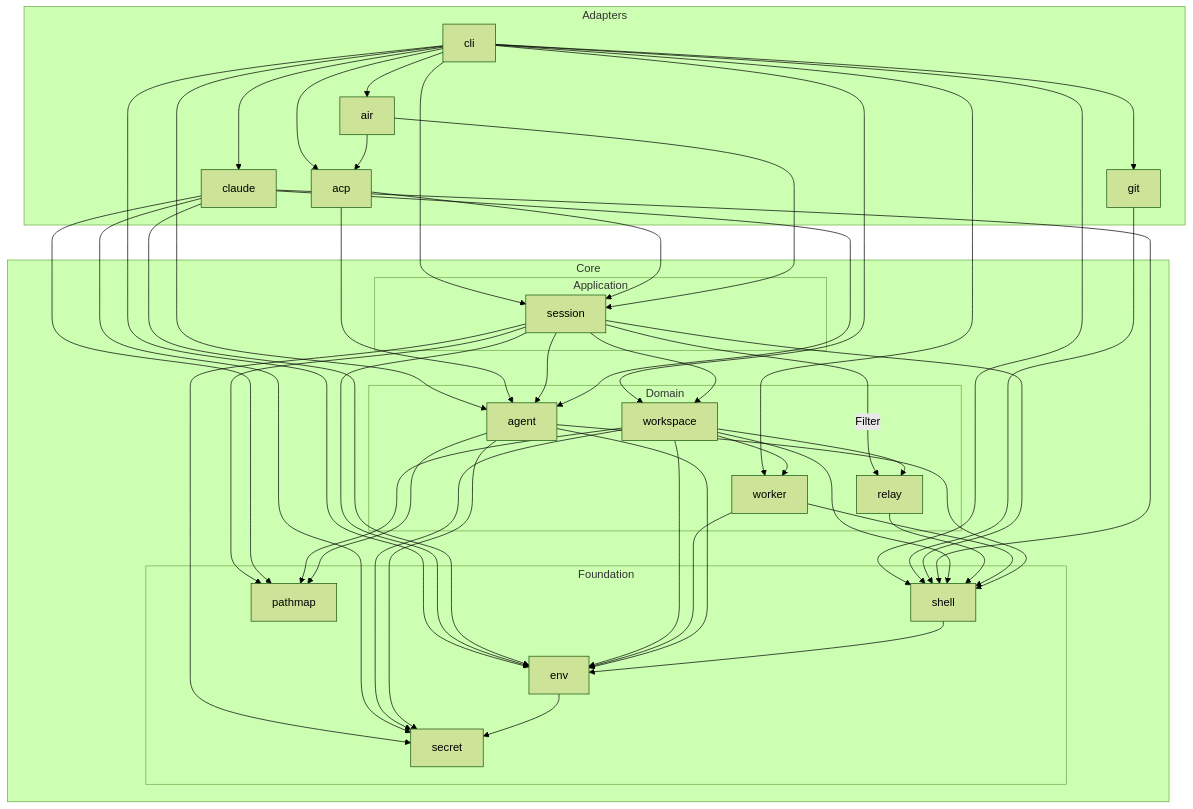
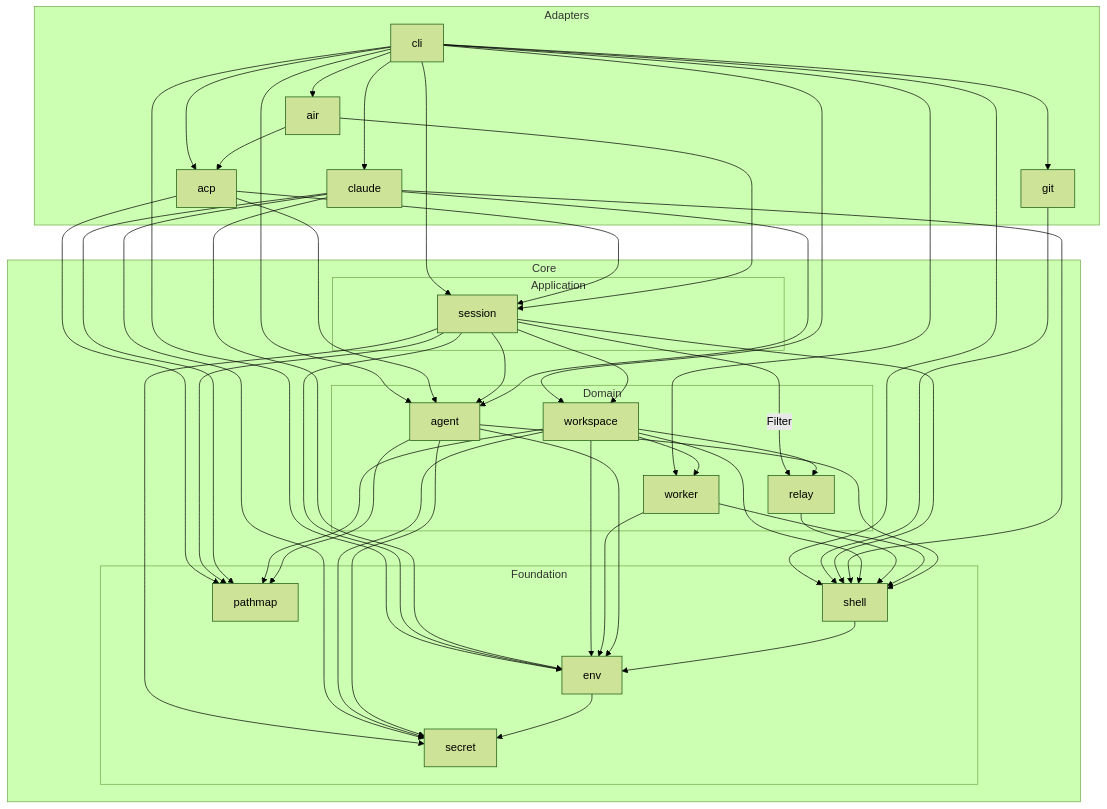
One commit to zerlok/hermod changed the sixth of 15 diagrams in docs/ARCHITECTURE.md. Above: the diagram before and after it, drawn with Mermaid (forest theme). The commit also changed other lines of this file and 7 other files, not shown here.

First line of the commit message:
docs(air-bridge): describe call-based ACP, pathmap, shutdown and relay lifecycle

````diff
--- a/docs/ARCHITECTURE.md
+++ b/docs/ARCHITECTURE.md
@@ -287,69 +289,70 @@
 ```mermaid
 flowchart TD
     subgraph adapters["Adapters"]
         cli
         git
         acp
         air
         claude
     end
     subgraph core["Core"]
         subgraph app["Application"]
             session
         end
         subgraph domain["Domain"]
             workspace
             worker
             relay
             agent
         end
         subgraph foundation["Foundation"]
             shell
             env
             secret
             pathmap
         end
     end
     cli --> git
     cli --> acp
     cli --> session
     cli --> air
     cli --> claude
     cli --> workspace
     cli --> worker
     cli --> agent
     cli --> shell
     cli --> env
     git --> shell
     acp --> session
     acp --> agent
+    acp --> pathmap
     air --> acp
     air --> session
     session --> workspace
     session --> agent
     session -->|Filter| relay
     session --> pathmap
     session --> shell
     session --> env
     session --> secret
     claude --> agent
     claude --> shell
     claude --> pathmap
     claude --> env
     claude --> secret
     workspace --> relay
     workspace --> worker
     workspace --> pathmap
     workspace --> shell
     workspace --> env
     workspace --> secret
     relay --> shell
     worker --> shell
     worker --> env
     agent --> shell
     agent --> pathmap
     agent --> env
     agent --> secret
     shell --> env
     env --> secret
 ```
````
